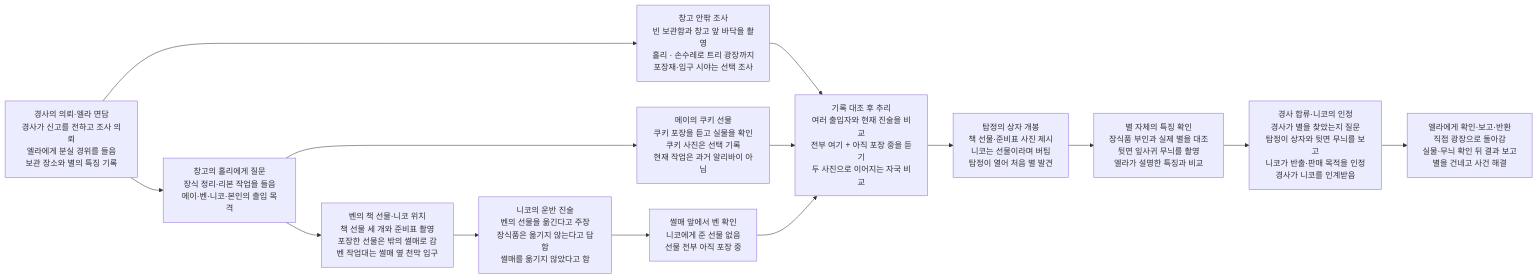
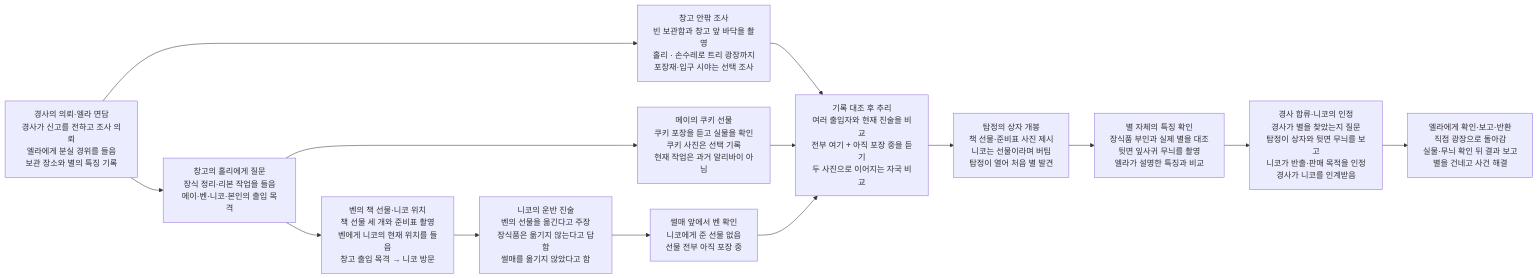
The second of 2 diagrams in design/case-10-christmas-star.md (wonny95/detective-v2), drawn with Mermaid before and after one commit. The commit also changed other lines of this file and 2 other files, not shown here.

````diff
--- a/design/case-10-christmas-star.md
+++ b/design/case-10-christmas-star.md
@@ -47,28 +47,28 @@
 ```mermaid
 flowchart LR
     s1["경사의 의뢰·엘라 면담<br/>경사가 신고를 전하고 조사 의뢰<br/>엘라에게 분실 경위를 들음<br/>보관 장소와 별의 특징 기록"]
     s2["창고의 홀리에게 질문<br/>장식 정리·리본 작업을 들음<br/>메이·벤·니코·본인의 출입 목격"]
     s3["창고 안팎 조사<br/>빈 보관함과 창고 앞 바닥을 촬영<br/>홀리 · 손수레로 트리 광장까지<br/>포장재·입구 시야는 선택 조사"]
     s4["메이의 쿠키 선물<br/>쿠키 포장을 듣고 실물을 확인<br/>쿠키 사진은 선택 기록<br/>현재 작업은 과거 알리바이 아님"]
-    s5["벤의 책 선물·니코 위치<br/>책 선물 세 개와 준비표 촬영<br/>포장한 선물은 밖의 썰매로 감<br/>벤 작업대는 썰매 옆 천막 입구"]
+    s5["벤의 책 선물·니코 위치<br/>책 선물 세 개와 준비표 촬영<br/>벤에게 니코의 현재 위치를 들음<br/>창고 출입 목격 → 니코 방문"]
     s6["니코의 운반 진술<br/>벤의 선물을 옮긴다고 주장<br/>장식품은 옮기지 않는다고 답함<br/>썰매를 옮기지 않았다고 함"]
     s7["썰매 앞에서 벤 확인<br/>니코에게 준 선물 없음<br/>선물 전부 아직 포장 중"]
     s8["기록 대조 후 추리<br/>여러 출입자와 현재 진술을 비교<br/>전부 여기 + 아직 포장 중을 듣기<br/>두 사진으로 이어지는 자국 비교"]
     s9["탐정의 상자 개봉<br/>책 선물·준비표 사진 제시<br/>니코는 선물이라며 버팀<br/>탐정이 열어 처음 별 발견"]
     s10["별 자체의 특징 확인<br/>장식품 부인과 실제 별을 대조<br/>뒷면 잎사귀 무늬를 촬영<br/>엘라가 설명한 특징과 비교"]
     s11["경사 합류·니코의 인정<br/>경사가 별을 찾았는지 질문<br/>탐정이 상자와 뒷면 무늬를 보고<br/>니코가 반출·판매 목적을 인정<br/>경사가 니코를 인계받음"]
     s12["엘라에게 확인·보고·반환<br/>직접 광장으로 돌아감<br/>실물·무늬 확인 뒤 결과 보고<br/>별을 건네고 사건 해결"]
     s1 --> s2
     s1 --> s3
     s2 --> s4
     s2 --> s5
     s3 --> s8
     s4 --> s8
     s5 --> s6
     s6 --> s7
     s7 --> s8
     s8 --> s9
     s9 --> s10
     s10 --> s11
     s11 --> s12
 ```
````
